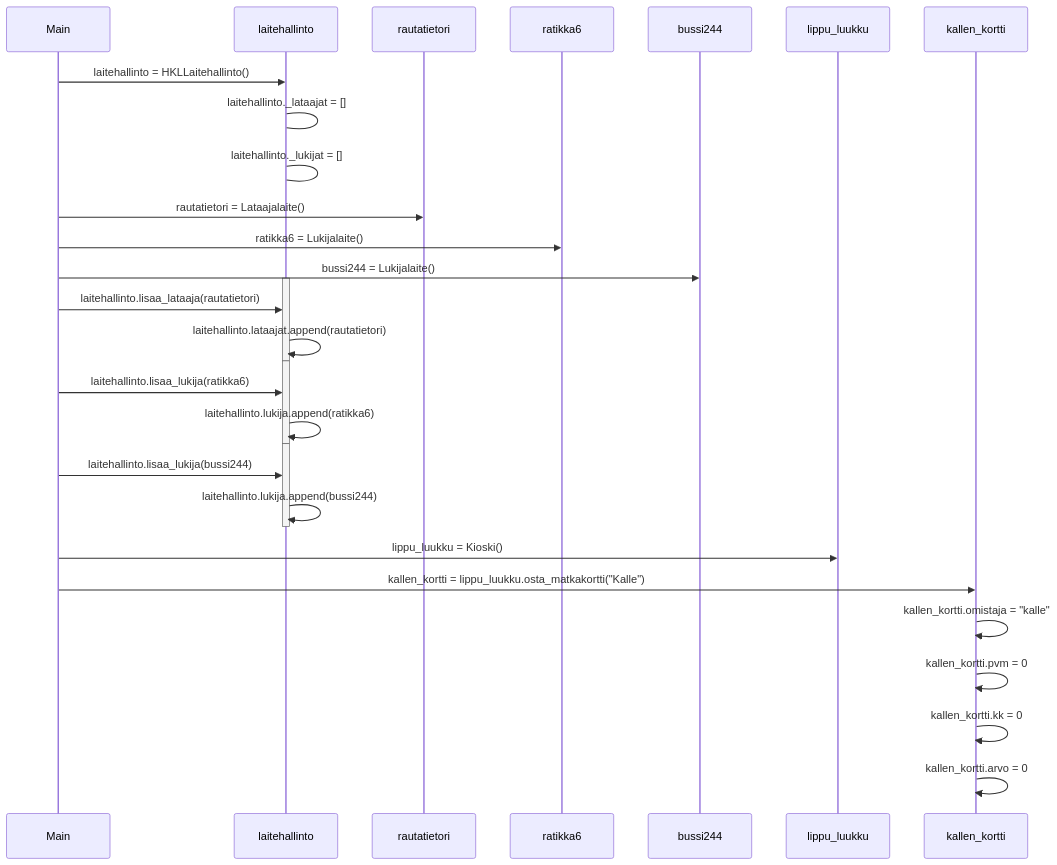
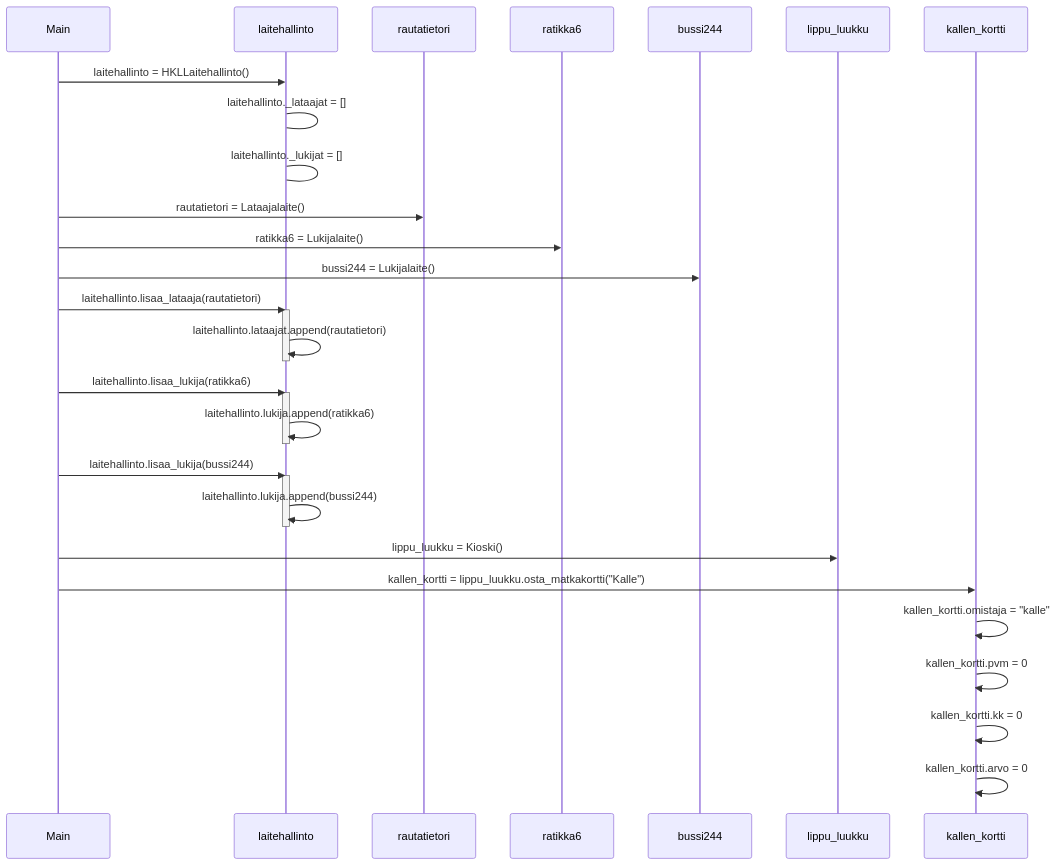
Before and after one commit to EeroAnt/ot-harjoitusty-: the diagram in laskarit/viikko3/matkakorttisekvenssikaavio.md, drawn with Mermaid. The commit also changed other lines of this file and 1 other file, not shown here.

````diff
--- a/laskarit/viikko3/matkakorttisekvenssikaavio.md
+++ b/laskarit/viikko3/matkakorttisekvenssikaavio.md
@@ -1,35 +1,35 @@
 ```mermaid
 sequenceDiagram
   participant Main
   participant laitehallinto
   participant rautatietori
   participant ratikka6
   participant bussi244
   participant lippu_luukku
   participant kallen_kortti
   Main->>laitehallinto: laitehallinto = HKLLaitehallinto()
   laitehallinto->laitehallinto: laitehallinto._lataajat = []
   laitehallinto->laitehallinto: laitehallinto._lukijat = []
   Main->>rautatietori: rautatietori = Lataajalaite()
   Main->>ratikka6: ratikka6 = Lukijalaite()
   Main->>bussi244: bussi244 = Lukijalaite()
+  Main->>laitehallinto: laitehallinto.lisaa_lataaja(rautatietori)
   activate laitehallinto
-  Main->>laitehallinto: laitehallinto.lisaa_lataaja(rautatietori)
   laitehallinto->>laitehallinto: laitehallinto.lataajat.append(rautatietori)
   deactivate laitehallinto
+  Main->>laitehallinto: laitehallinto.lisaa_lukija(ratikka6)
   activate laitehallinto
-  Main->>laitehallinto: laitehallinto.lisaa_lukija(ratikka6)
   laitehallinto->>laitehallinto: laitehallinto.lukija.append(ratikka6)
   deactivate laitehallinto
+  Main->>laitehallinto: laitehallinto.lisaa_lukija(bussi244)
   activate laitehallinto
-  Main->>laitehallinto: laitehallinto.lisaa_lukija(bussi244)
   laitehallinto->>laitehallinto: laitehallinto.lukija.append(bussi244)
   deactivate laitehallinto
   Main->>lippu_luukku: lippu_luukku = Kioski()
   Main->>kallen_kortti: kallen_kortti = lippu_luukku.osta_matkakortti("Kalle")
   kallen_kortti->>kallen_kortti: kallen_kortti.omistaja = "kalle"
   kallen_kortti->>kallen_kortti: kallen_kortti.pvm = 0
   kallen_kortti->>kallen_kortti: kallen_kortti.kk = 0
   kallen_kortti->>kallen_kortti: kallen_kortti.arvo = 0
 
 ```
````
